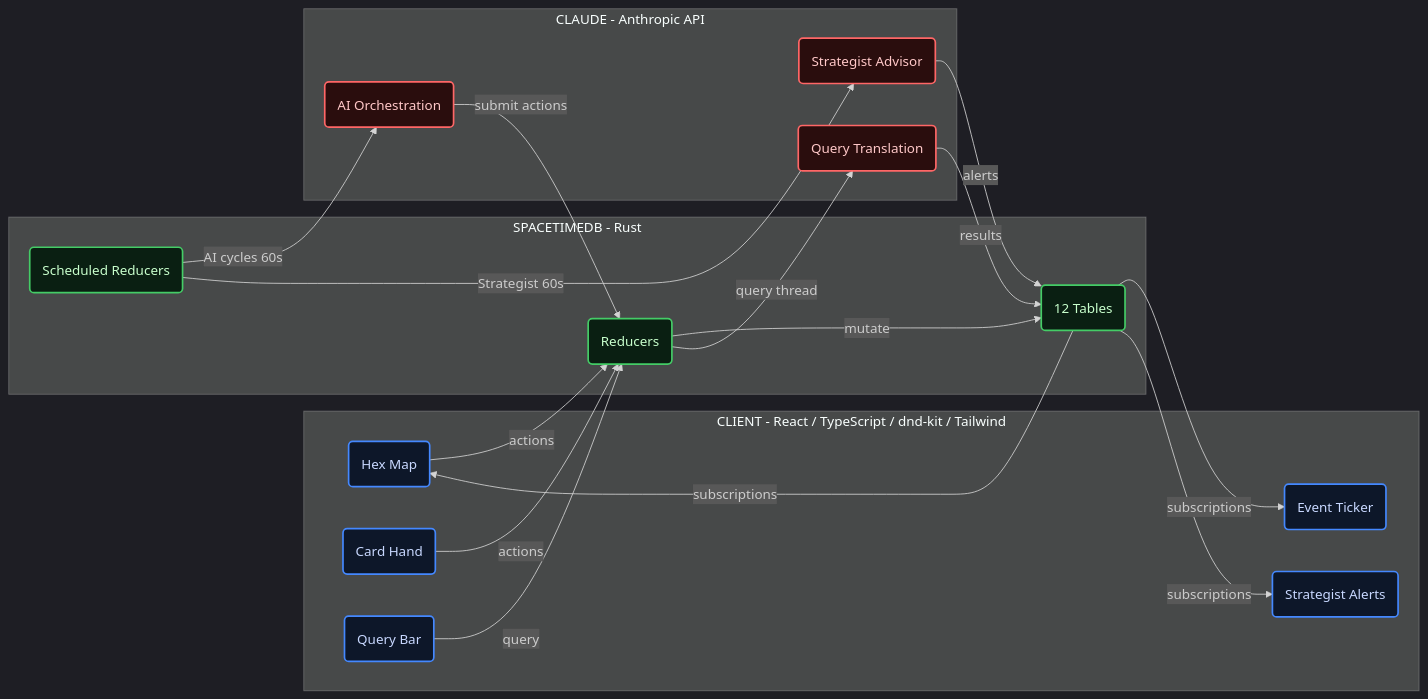
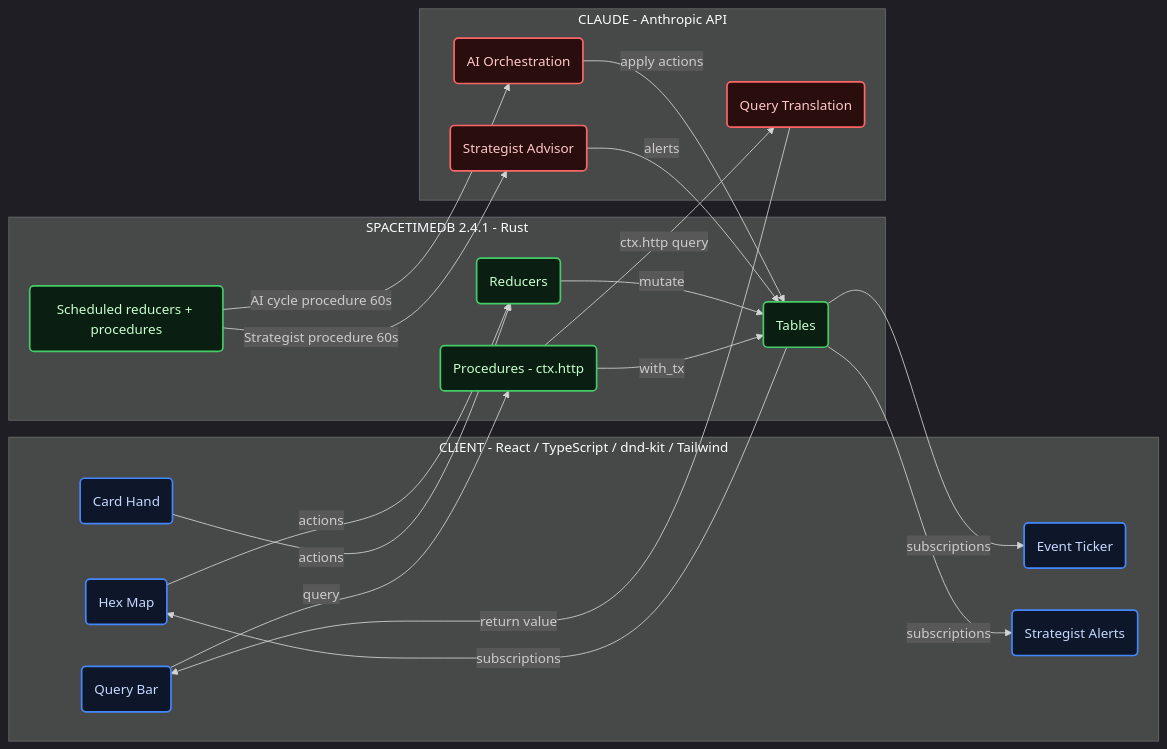
The diagram in README.md (rlin25/RiskDominion), drawn with Mermaid before and after one commit. The commit also changed other lines of this file and 43 other files, not shown here.

````diff
--- a/README.md
+++ b/README.md
@@ -9,41 +9,43 @@
 ```mermaid
 %%{init: {"theme": "dark"}}%%
 flowchart LR
     classDef client fill:#0d1729,stroke:#4488FF,stroke-width:2px,color:#c8d8ff
     classDef server fill:#0a1f12,stroke:#44CC66,stroke-width:2px,color:#c8ffcc
     classDef ai fill:#2a0d0d,stroke:#FF6666,stroke-width:2px,color:#ffc8c8
 
     subgraph C["CLIENT - React / TypeScript / dnd-kit / Tailwind"]
         MAP("Hex Map"):::client
         HAND("Card Hand"):::client
         QB("Query Bar"):::client
         TICKER("Event Ticker"):::client
         ALERTS("Strategist Alerts"):::client
     end
 
-    subgraph S["SPACETIMEDB - Rust"]
+    subgraph S["SPACETIMEDB 2.4.1 - Rust"]
         RED("Reducers"):::server
-        TAB("12 Tables"):::server
-        SCH("Scheduled Reducers"):::server
+        TAB("Tables"):::server
+        PROC("Procedures - ctx.http"):::server
+        SCH("Scheduled reducers + procedures"):::server
     end
 
     subgraph A["CLAUDE - Anthropic API"]
         ORCH("AI Orchestration"):::ai
         NLQ("Query Translation"):::ai
         STRAT("Strategist Advisor"):::ai
     end
 
     MAP -->|"actions"| RED
     HAND -->|"actions"| RED
-    QB -->|"query"| RED
+    QB -->|"query"| PROC
     RED -->|"mutate"| TAB
+    PROC -->|"with_tx"| TAB
     TAB -->|"subscriptions"| MAP
     TAB -->|"subscriptions"| TICKER
     TAB -->|"subscriptions"| ALERTS
-    SCH -->|"AI cycles 60s"| ORCH
-    SCH -->|"Strategist 60s"| STRAT
-    RED -->|"query thread"| NLQ
-    ORCH -->|"submit actions"| RED
-    NLQ -->|"results"| TAB
+    SCH -->|"AI cycle procedure 60s"| ORCH
+    SCH -->|"Strategist procedure 60s"| STRAT
+    PROC -->|"ctx.http query"| NLQ
+    ORCH -->|"apply actions"| TAB
+    NLQ -->|"return value"| QB
     STRAT -->|"alerts"| TAB
 ```
````
